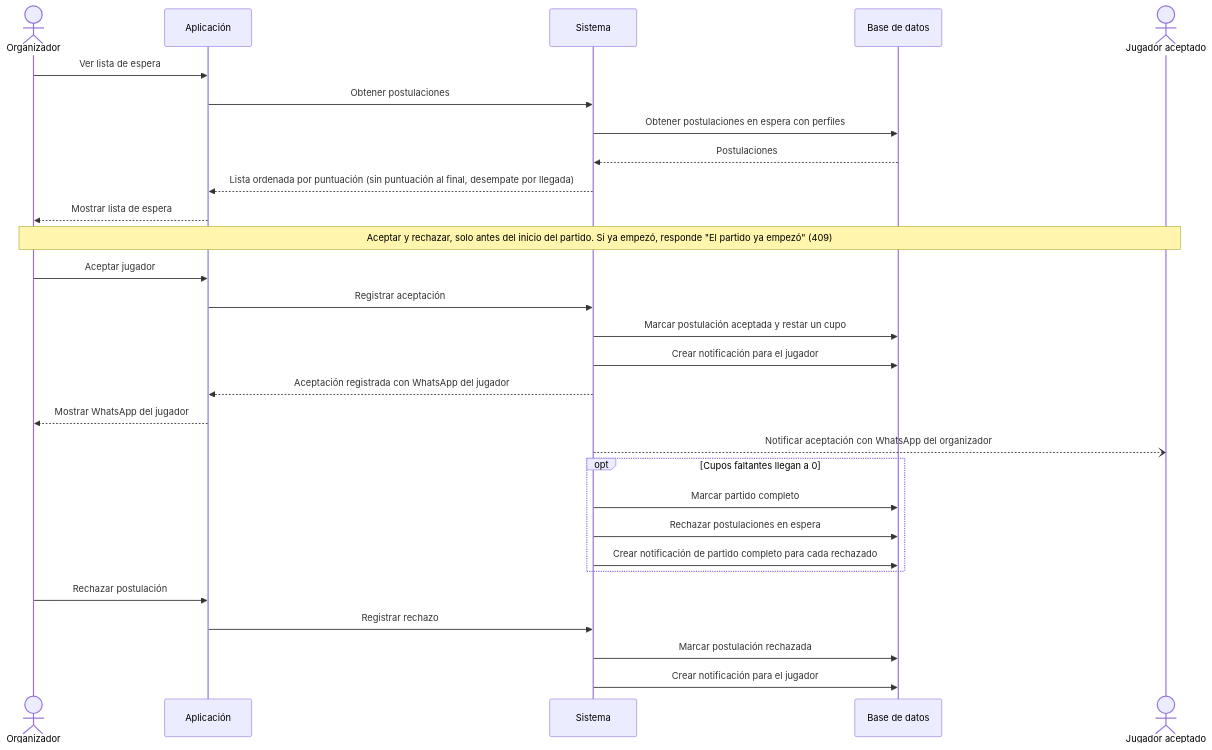
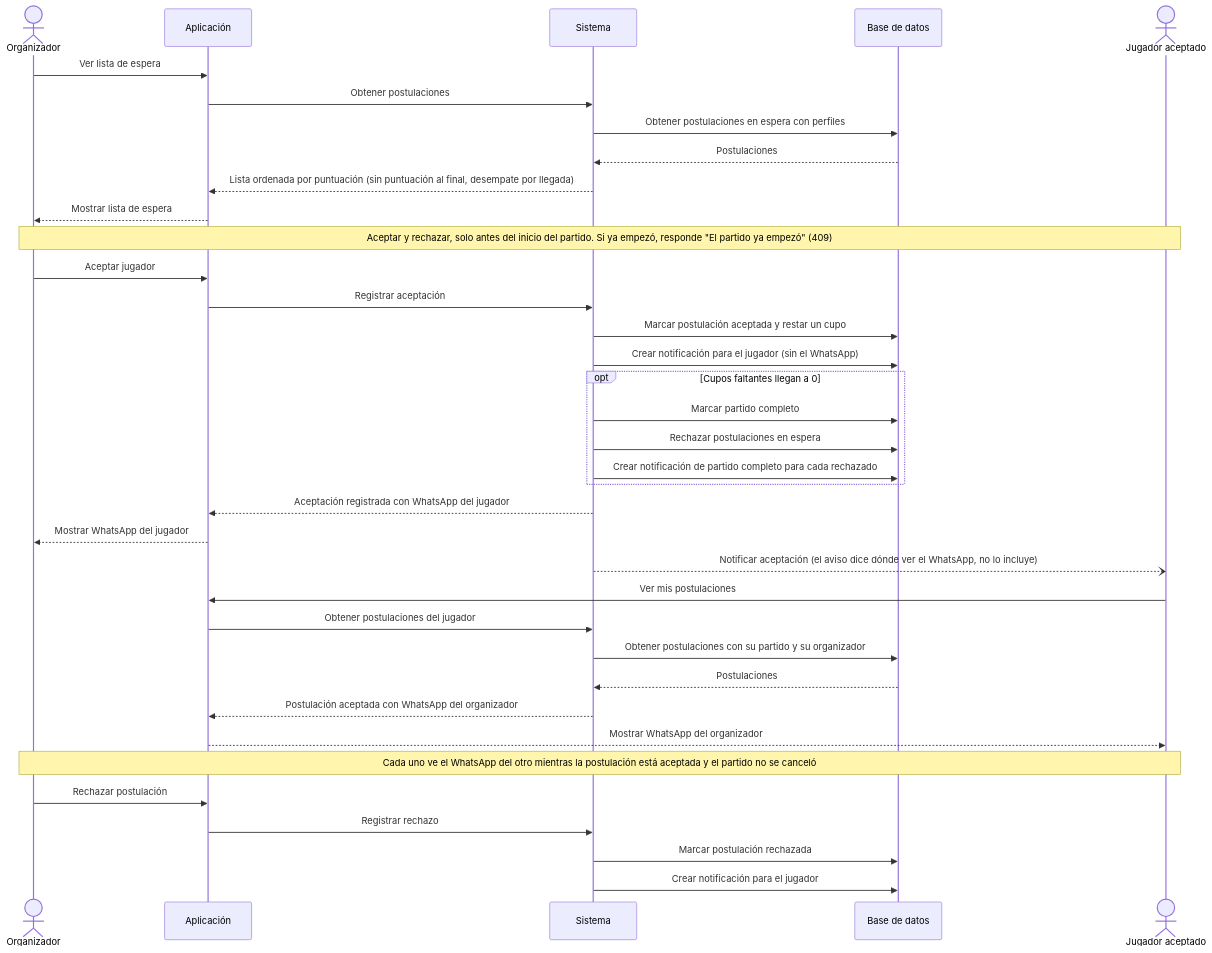
Before and after one commit to nvranco/fulvo: the diagram in docs/diagramas/03-aceptar-jugador-y-whatsapp.md, drawn with Mermaid. The commit also changed 4 other files, not shown here.

First line of the commit message:
docs: corrijo los diagramas de secuencia 02 a 06

````diff
--- a/docs/diagramas/03-aceptar-jugador-y-whatsapp.md
+++ b/docs/diagramas/03-aceptar-jugador-y-whatsapp.md
@@ -3,35 +3,42 @@
 ```mermaid
 sequenceDiagram
     actor O as Organizador
     participant A as Aplicación
     participant S as Sistema
     participant BD as Base de datos
     actor J as Jugador aceptado
 
     O->>A: Ver lista de espera
     A->>S: Obtener postulaciones
     S->>BD: Obtener postulaciones en espera con perfiles
     BD-->>S: Postulaciones
     S-->>A: Lista ordenada por puntuación (sin puntuación al final, desempate por llegada)
     A-->>O: Mostrar lista de espera
 
     Note over O,J: Aceptar y rechazar, solo antes del inicio del partido. Si ya empezó, responde "El partido ya empezó" (409)
     O->>A: Aceptar jugador
     A->>S: Registrar aceptación
     S->>BD: Marcar postulación aceptada y restar un cupo
-    S->>BD: Crear notificación para el jugador
-    S-->>A: Aceptación registrada con WhatsApp del jugador
-    A-->>O: Mostrar WhatsApp del jugador
-    S--)J: Notificar aceptación con WhatsApp del organizador
-
+    S->>BD: Crear notificación para el jugador (sin el WhatsApp)
     opt Cupos faltantes llegan a 0
         S->>BD: Marcar partido completo
         S->>BD: Rechazar postulaciones en espera
         S->>BD: Crear notificación de partido completo para cada rechazado
     end
+    S-->>A: Aceptación registrada con WhatsApp del jugador
+    A-->>O: Mostrar WhatsApp del jugador
+    S--)J: Notificar aceptación (el aviso dice dónde ver el WhatsApp, no lo incluye)
+
+    J->>A: Ver mis postulaciones
+    A->>S: Obtener postulaciones del jugador
+    S->>BD: Obtener postulaciones con su partido y su organizador
+    BD-->>S: Postulaciones
+    S-->>A: Postulación aceptada con WhatsApp del organizador
+    A-->>J: Mostrar WhatsApp del organizador
+    Note over O,J: Cada uno ve el WhatsApp del otro mientras la postulación está aceptada y el partido no se canceló
 
     O->>A: Rechazar postulación
     A->>S: Registrar rechazo
     S->>BD: Marcar postulación rechazada
     S->>BD: Crear notificación para el jugador
 ```
````
